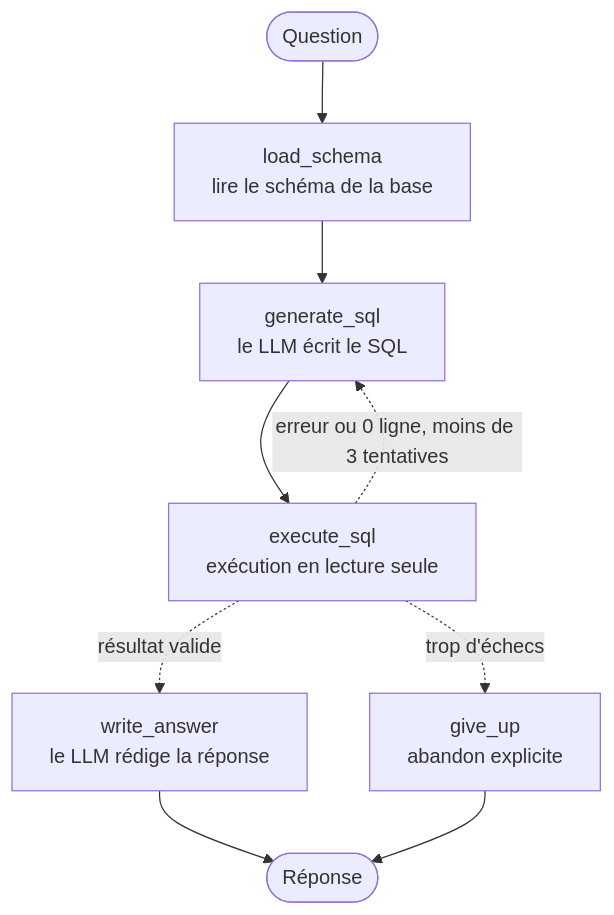
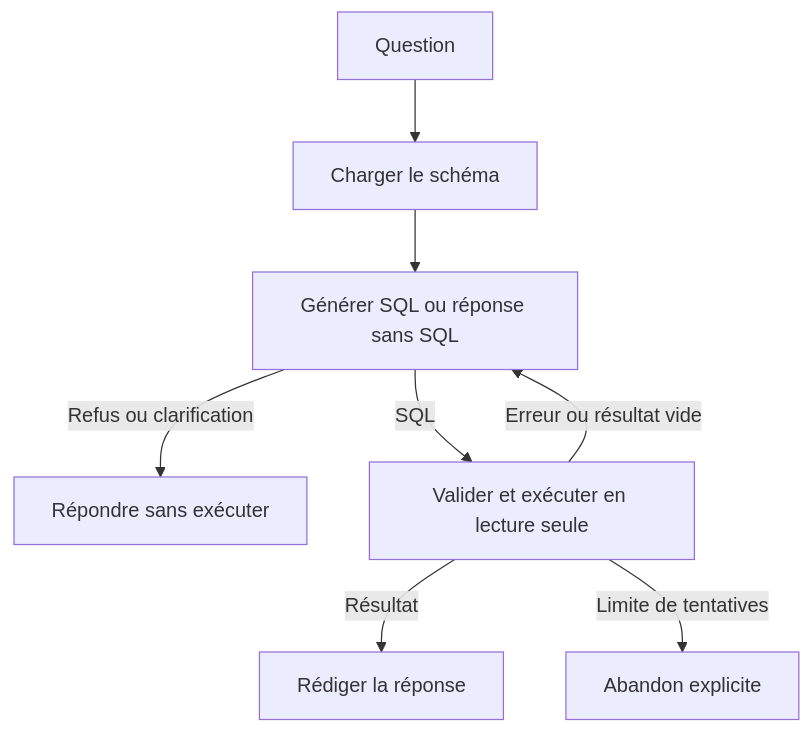
Before and after one commit to MaNal0901/datapilot-agent: the diagram in README.md, drawn with Mermaid. The commit also changed other lines of this file and 17 other files, not shown here.

Commit message:
Agent SQL : clarification, interface Streamlit et évaluations

````diff
--- a/README.md
+++ b/README.md
@@ -13,11 +16,10 @@
 ```mermaid
 graph TD
-    debut([Question]) --> load_schema[load_schema<br/>lire le schéma de la base]
-    load_schema --> generate_sql[generate_sql<br/>le LLM écrit le SQL]
-    generate_sql --> execute_sql[execute_sql<br/>exécution en lecture seule]
-    execute_sql -.->|erreur ou 0 ligne, moins de 3 tentatives| generate_sql
-    execute_sql -.->|résultat valide| write_answer[write_answer<br/>le LLM rédige la réponse]
-    execute_sql -.->|trop d'échecs| give_up[give_up<br/>abandon explicite]
-    write_answer --> fin([Réponse])
-    give_up --> fin
+    Q[Question] --> S[Charger le schéma]
+    S --> G[Générer SQL ou réponse sans SQL]
+    G -->|Refus ou clarification| D[Répondre sans exécuter]
+    G -->|SQL| X[Valider et exécuter en lecture seule]
+    X -->|Erreur ou résultat vide| G
+    X -->|Résultat| A[Rédiger la réponse]
+    X -->|Limite de tentatives| F[Abandon explicite]
 ```
````
